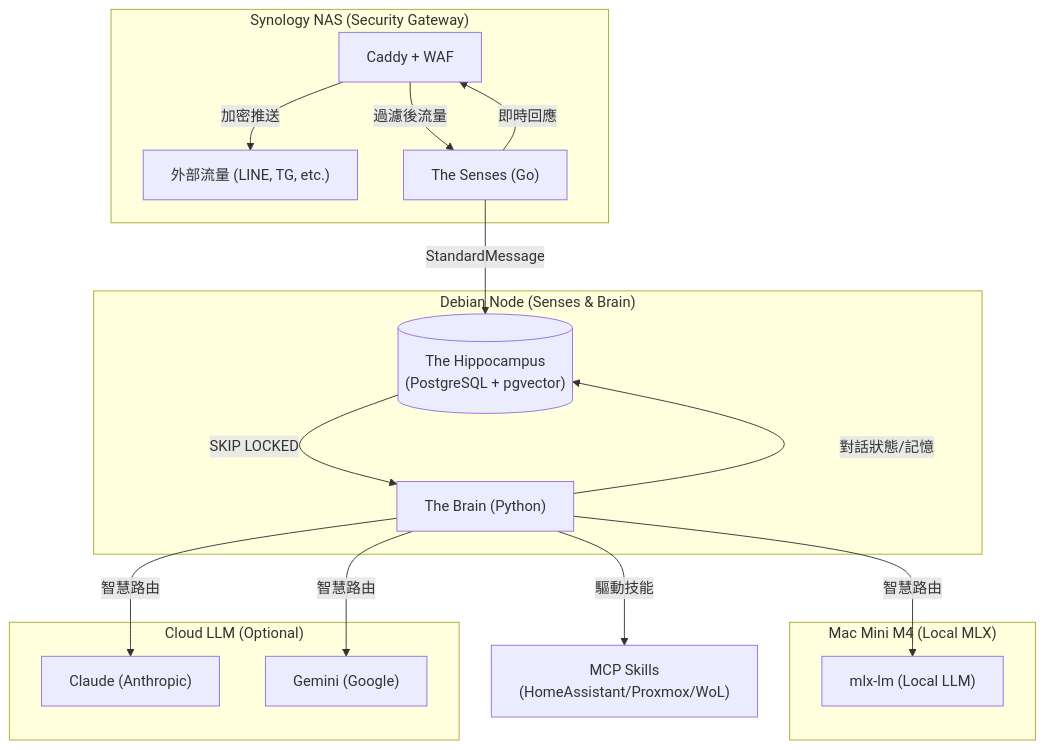
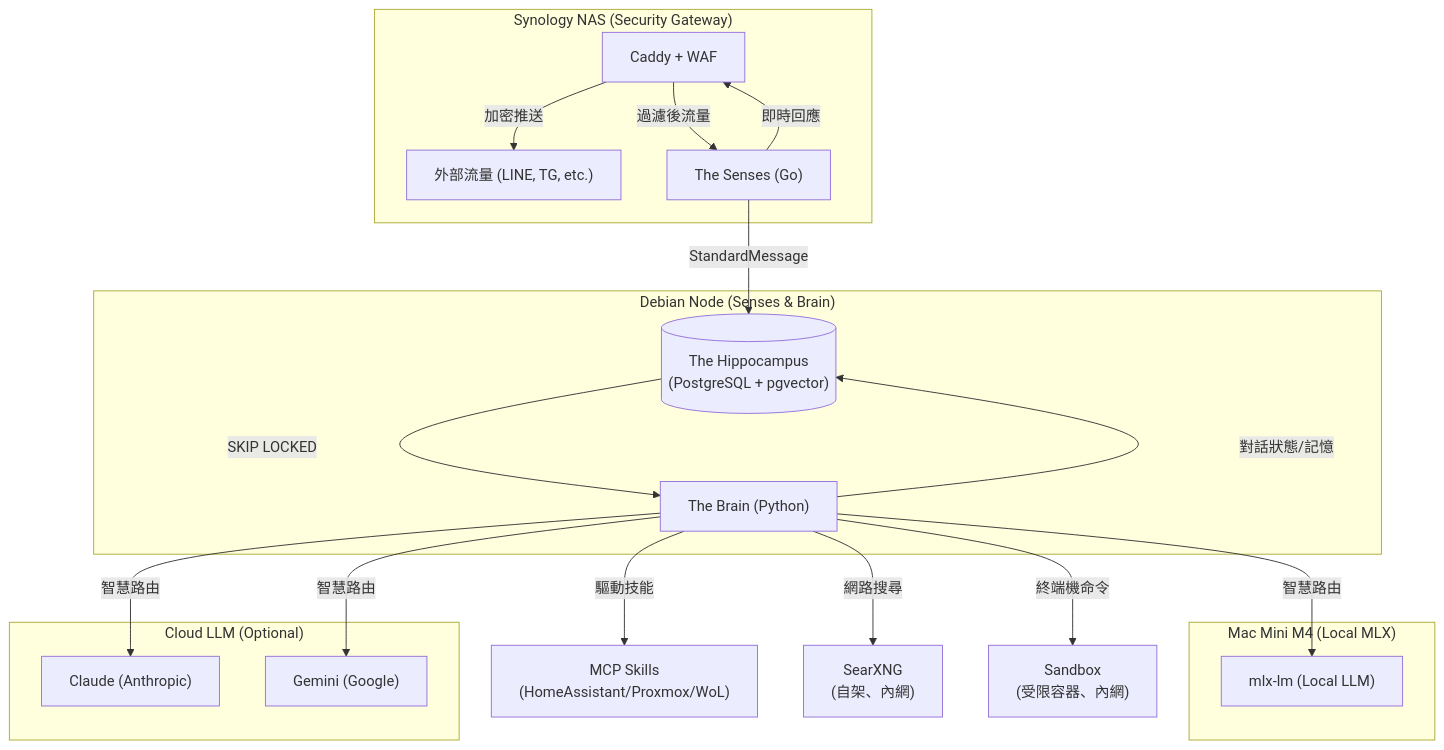
The diagram in README.md (August-Icekimo/OmniAgent), drawn with Mermaid before and after one commit. The commit also changed other lines of this file and 1 other file, not shown here.

````diff
--- a/README.md
+++ b/README.md
@@ -21,35 +21,37 @@
 ```mermaid
 graph TD
     subgraph "Synology NAS (Security Gateway)"
         EXT["外部流量 (LINE, TG, etc.)"]
         CADDY["Caddy + WAF"]
         CADDY -- "過濾後流量" --> SENSES
     end
 
     subgraph "Debian Node (Senses & Brain)"
         SENSES["The Senses (Go)"]
         BRAIN["The Brain (Python)"]
         DB[("The Hippocampus<br/>(PostgreSQL + pgvector)")]
         
         SENSES -- "StandardMessage" --> DB
         DB -- "SKIP LOCKED" --> BRAIN
         BRAIN -- "對話狀態/記憶" --> DB
     end
 
     subgraph "Mac Mini M4 (Local MLX)"
         MLX["mlx-lm (Local LLM)"]
     end
 
     subgraph "Cloud LLM (Optional)"
         CLAUDE["Claude (Anthropic)"]
         GEMINI["Gemini (Google)"]
     end
 
     %% 流程
     SENSES -- "即時回應" --> CADDY
     BRAIN -- "驅動技能" --> SKILLS["MCP Skills<br/>(HomeAssistant/Proxmox/WoL)"]
+    BRAIN -- "網路搜尋" --> SEARXNG["SearXNG<br/>(自架、內網)"]
+    BRAIN -- "終端機命令" --> SANDBOX["Sandbox<br/>(受限容器、內網)"]
     BRAIN -- "智慧路由" --> MLX
     BRAIN -- "智慧路由" --> CLAUDE
     BRAIN -- "智慧路由" --> GEMINI
     CADDY -- "加密推送" --> EXT
 ```
````
